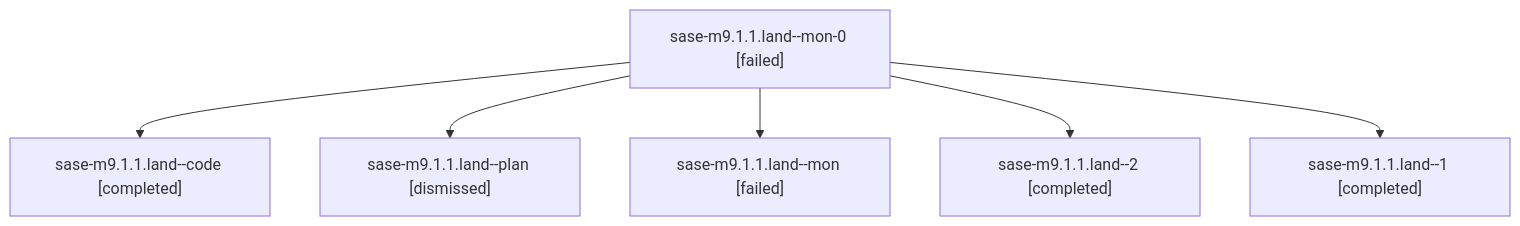
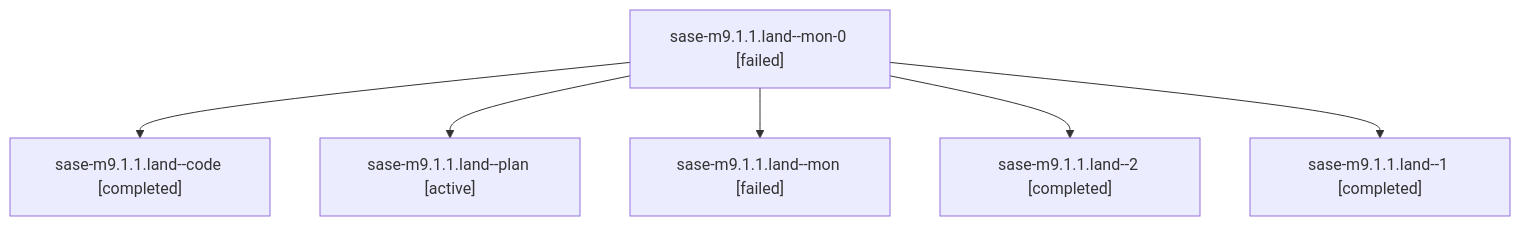
Before and after one commit to sase-org/sase--agents: the diagram in families/bbugyi200.athena.sase-m9.1.1.land.md, drawn with Mermaid. The commit also changed other lines of this file and 35830 other files, not shown here.

````diff
--- a/families/bbugyi200.athena.sase-m9.1.1.land.md
+++ b/families/bbugyi200.athena.sase-m9.1.1.land.md
@@ -9,14 +9,14 @@
 ```mermaid
 flowchart TD
   n0["sase-m9.1.1.land--mon-0 [failed]"]
   n1["sase-m9.1.1.land--code [completed]"]
   n0 --> n1
-  n2["sase-m9.1.1.land--plan [dismissed]"]
+  n2["sase-m9.1.1.land--plan [active]"]
   n0 --> n2
   n3["sase-m9.1.1.land--mon [failed]"]
   n0 --> n3
   n4["sase-m9.1.1.land--2 [completed]"]
   n0 --> n4
   n5["sase-m9.1.1.land--1 [completed]"]
   n0 --> n5
 ```
````
